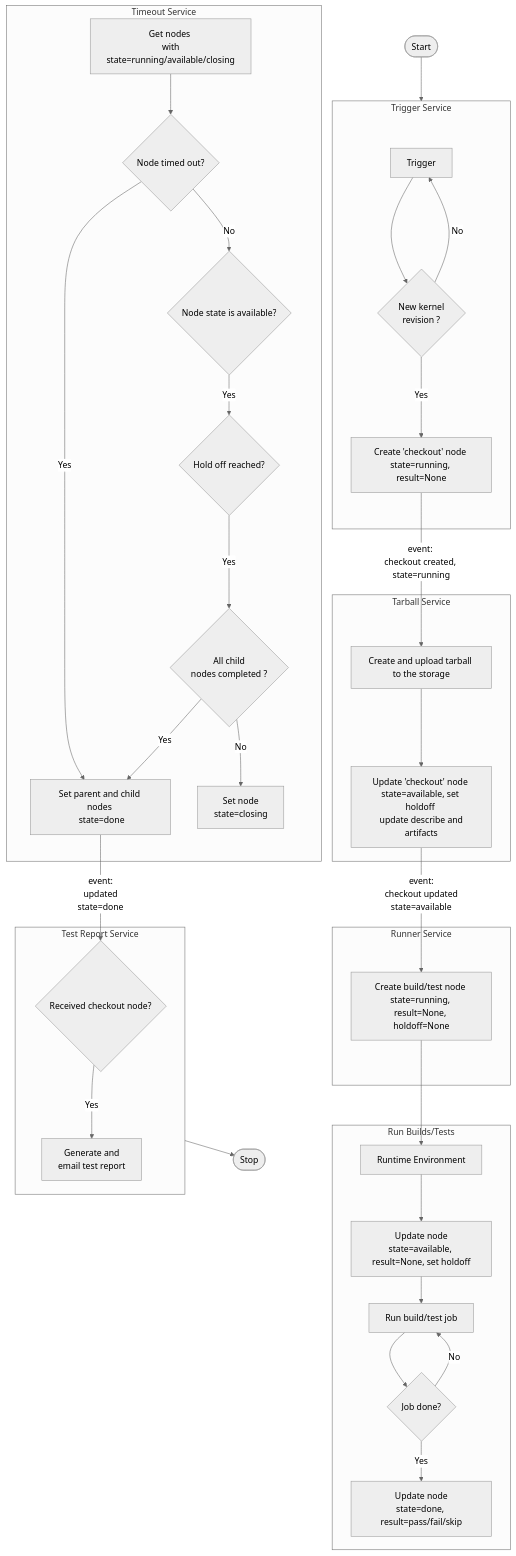
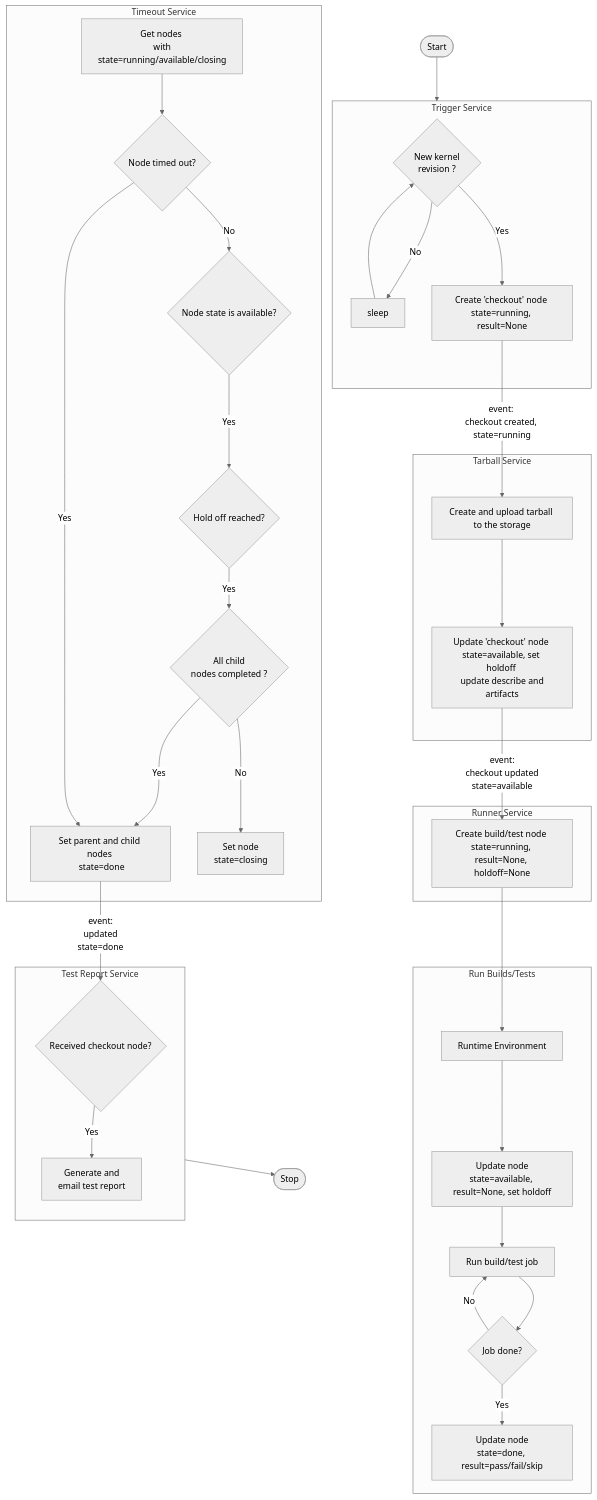
The diagram in doc/pipeline-details.md (kernelci/kernelci-api), drawn with Mermaid (neutral theme) before and after one commit.

Commit message:
doc/pipeline-details: show trigger polling
Need to demonstrate polling in trigger script
that used to check new kernel revisions.

````diff
--- a/doc/pipeline-details.md
+++ b/doc/pipeline-details.md
@@ -12,39 +12,39 @@
 ```mermaid
 flowchart
     start([Start]) --> trigger_service
     subgraph trigger_service[Trigger Service]
-        trigger[Trigger] --> kernel_revision{New kernel <br/>revision ?}
-        kernel_revision --> |No| trigger
+        kernel_revision{New kernel <br/>revision ?} --> |No| sleep[sleep]
+        sleep --> kernel_revision
         kernel_revision --> |Yes| checkout[Create 'checkout' node <br />state=running, result=None]
     end
     subgraph tarball_service[Tarball Service]
         upload_tarball[Create and upload tarball to the storage]
         checkout --> |event: <br />checkout created, state=running| upload_tarball
         upload_tarball --> update_checkout_node[Update 'checkout' node <br />state=available, set holdoff <br /> update describe and artifacts]
     end
     subgraph runner_service[Runner Service]
         update_checkout_node --> |event: <br />checkout updated <br />state=available| runner_node[Create build/test node <br />state=running, result=None, holdoff=None]
     end
     subgraph Run Builds/Tests
         runner_node --> runtime[Runtime Environment]
         runtime --> set_available[Update node<br />state=available, result=None, set holdoff]
         set_available --> run_job[Run build/test job]
         run_job --> job_done{Job done?}       
         job_done --> |Yes| pass_runner_node[Update node<br />state=done, result=pass/fail/skip]
         job_done --> |No| run_job
     end
     subgraph timeout_service[Timeout Service]
         get_nodes[Get nodes <br /> with state=running/available/closing] --> node_timedout{Node timed out?}
         verify_avilable_nodes{Node state is available?} --> |Yes| hold_off_reached{Hold off reached?}
         hold_off_reached --> |Yes| child_nodes_completed{All child <br />nodes completed ?}
         child_nodes_completed --> |Yes| set_done[Set parent and child nodes <br /> state=done]
         child_nodes_completed --> |No| set_closing[Set node <br />state=closing]
         node_timedout --> |Yes| set_done
         node_timedout --> |No| verify_avilable_nodes
     end
     subgraph test_report_service[Test Report Service]
         received_tarball{Received checkout node? } --> |Yes| email_report[Generate and <br />email test report]
     end
     set_done --> |event: <br />updated <br /> state=done| received_tarball
     test_report_service --> stop([Stop])
 ```
````
